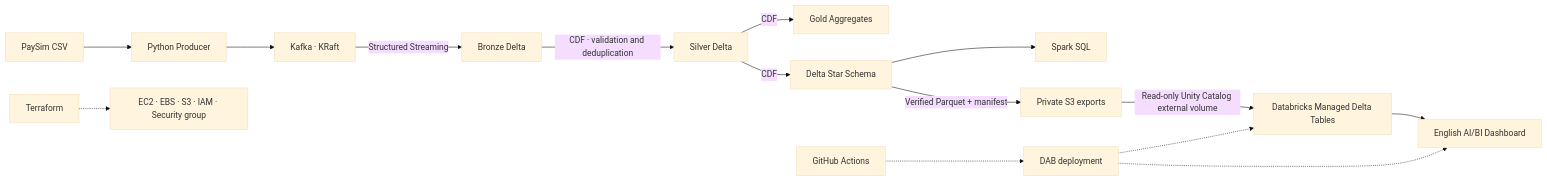
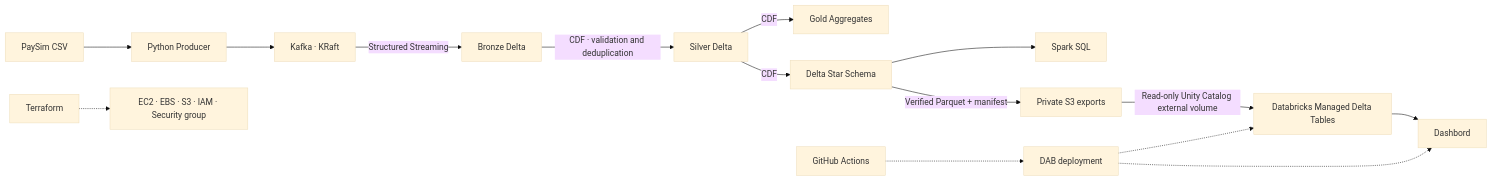
One commit to Cedric-LEBE/PaySim-Lakehouse changed the diagram in README.md. Above: the diagram before and after it, drawn with Mermaid (base theme). The commit also changed 7 other files, not shown here.

````diff
--- a/README.md
+++ b/README.md
@@ -11,17 +11,17 @@
 ```mermaid
 flowchart LR
     CSV[PaySim CSV] --> P[Python Producer]
     P --> K[Kafka · KRaft]
     K -->|Structured Streaming| B[Bronze Delta]
     B -->|CDF · validation and deduplication| S[Silver Delta]
     S -->|CDF| G[Gold Aggregates]
     S -->|CDF| E[Delta Star Schema]
     E --> SQL[Spark SQL]
     E -->|Verified Parquet + manifest| S3[Private S3 exports]
     S3 -->|Read-only Unity Catalog external volume| DB[Databricks Managed Delta Tables]
-    DB --> BI[English AI/BI Dashboard]
+    DB --> BI[Dashbord]
     TF[Terraform] -.-> AWS[EC2 · EBS · S3 · IAM · Security group]
     CI[GitHub Actions] -.-> DAB[DAB deployment]
     DAB -.-> DB
     DAB -.-> BI
 ```
````
